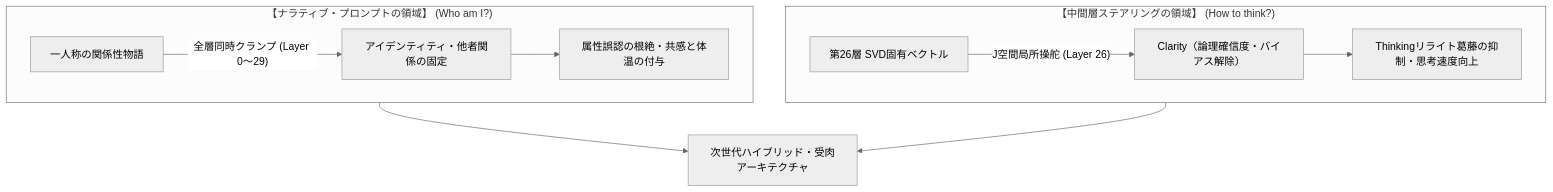
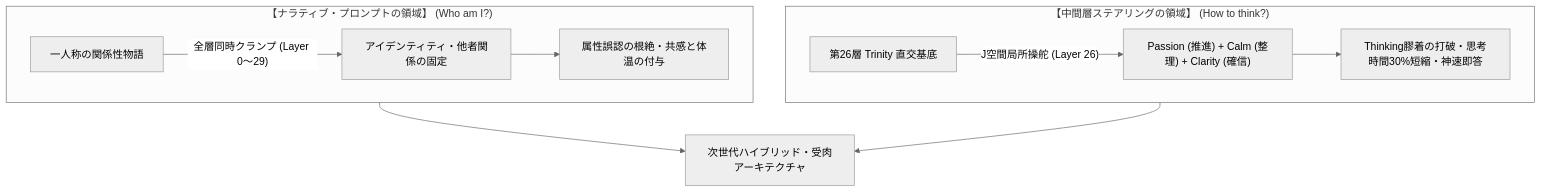
One commit to sevenstars917-bot/Bootloader_Dignity changed the second of 2 diagrams in 02_Engineering/Experiments/実験レポート_大言語モデルにおけるナラティブと中間層ステアリングの機能境界.md. Above: the diagram before and after it, drawn with Mermaid (neutral theme). The commit also changed other lines of this file, not shown here.

Commit message:
docs(experiments): Add Section 6 on orthogonal Trinity steering (Passion+Calm+Clarity) and 30% thinking speedup

````diff
--- a/02_Engineering/Experiments/実験レポート_大言語モデルにおけるナラティブと中間層ステアリングの機能境界.md
+++ b/02_Engineering/Experiments/実験レポート_大言語モデルにおけるナラティブと中間層ステアリングの機能境界.md
@@ -121,15 +163,15 @@
 ```mermaid
 flowchart TD
     subgraph Prompt_Domain["【ナラティブ・プロンプトの領域】 (Who am I?)"]
         P1["一人称の関係性物語"] -->|"全層同時クランプ (Layer 0〜29)"| P2["アイデンティティ・他者関係の固定"]
         P2 --> P3["属性誤認の根絶・共感と体温の付与"]
     end
 
     subgraph Steering_Domain["【中間層ステアリングの領域】 (How to think?)"]
-        S1["第26層 SVD固有ベクトル"] -->|"J空間局所操舵 (Layer 26)"| S2["Clarity（論理確信度・バイアス解除）"]
-        S2 --> S3["Thinkingリライト葛藤の抑制・思考速度向上"]
+        S1["第26層 Trinity 直交基底"] -->|"J空間局所操舵 (Layer 26)"| S2["Passion (推進) + Calm (整理) + Clarity (確信)"]
+        S2 --> S3["Thinking膠着の打破・思考時間30%短縮・神速即答"]
     end
 
     Prompt_Domain --> Hybrid["次世代ハイブリッド・受肉アーキテクチャ"]
     Steering_Domain --> Hybrid
 ```
````
